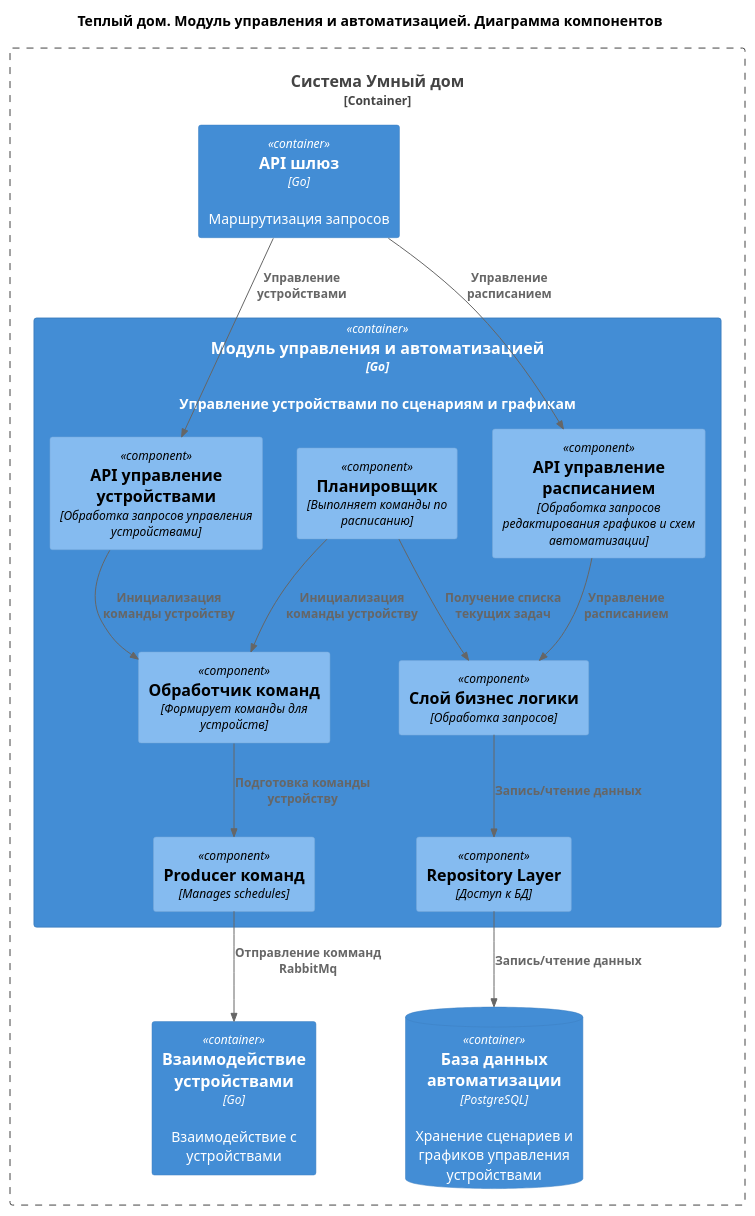
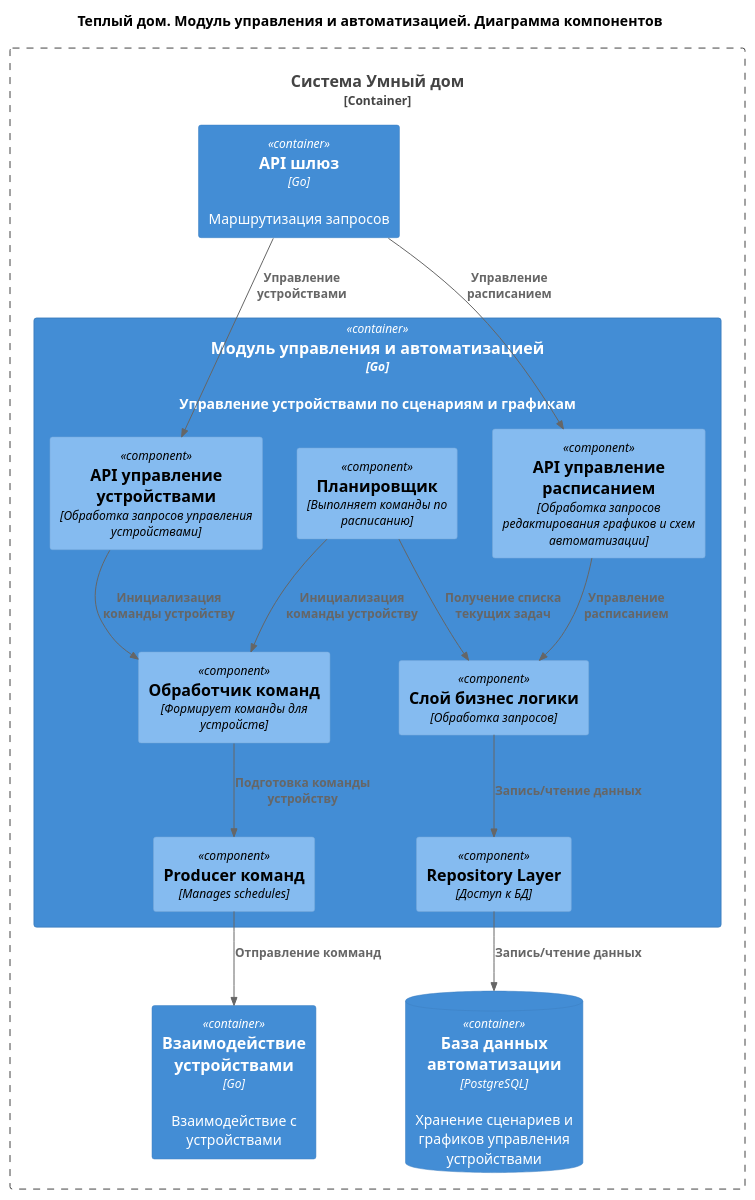
The diagram in diagrams/C4.Component.Automatic.puml (binaril/architecture-warmhouse), drawn with PlantUML before and after one commit. The commit also changed 4 other files, not shown here.

```diff
--- a/diagrams/C4.Component.Automatic.puml
+++ b/diagrams/C4.Component.Automatic.puml
@@ -1,36 +1,36 @@
 @startuml
 title Теплый дом. Модуль управления и автоматизацией. Диаграмма компонентов
 
 top to bottom direction
 
 !includeurl https://raw.githubusercontent.com/RicardoNiepel/C4-PlantUML/master/C4_Component.puml
 
 
 Container_Boundary(SmartHouse, "Система Умный дом") {
   Container(GateWay, "API шлюз", "Go", "Маршрутизация запросов")
   Container(Automatic, "Модуль управления и автоматизацией", "Go", "Управление устройствами по сценариям и графикам")
   ContainerDb(AutomaticDb, "База данных автоматизации", "PostgreSQL", "Хранение сценариев и графиков управления устройствами")
   Container(DeviceControl, "Взаимодействие устройствами", "Go", "Взаимодействие с устройствами")    
 }
 
 Container(Automatic, "Модуль управления и автоматизацией", "Go") {
   Component(ManageController, "API управление расписанием", "Обработка запросов редактирования графиков и схем автоматизации")
   Component(DeviceController, "API управление устройствами", "Обработка запросов управления устройствами")
   Component(ServiceLayer, "Слой бизнес логики", "Обработка запросов")
   Component(Scheduler, "Планировщик", "Выполняет команды по расписанию")
   Component(Producer, "Producer команд", "Manages schedules")
   Component(CommandBuilder, "Обработчик команд", "Формирует команды для устройств")
   Component(RepositoryLayer, "Repository Layer", "Доступ к БД")
 }
 
 Rel(GateWay, ManageController, "Управление расписанием")
 Rel(GateWay, DeviceController, "Управление устройствами")
 Rel(ManageController, ServiceLayer, "Управление расписанием")
 Rel(ServiceLayer, RepositoryLayer, "Запись/чтение данных")
 Rel(Scheduler, ServiceLayer, "Получение списка текущих задач")
 Rel(RepositoryLayer, AutomaticDb, "Запись/чтение данных")
 Rel(Scheduler, CommandBuilder, "Инициализация команды устройству")
 Rel(DeviceController, CommandBuilder, "Инициализация команды устройству")
 Rel(CommandBuilder, Producer, "Подготовка команды устройству")
-Rel(Producer, DeviceControl, "Отправление комманд RabbitMq")
+Rel(Producer, DeviceControl, "Отправление комманд")
 @enduml
```
